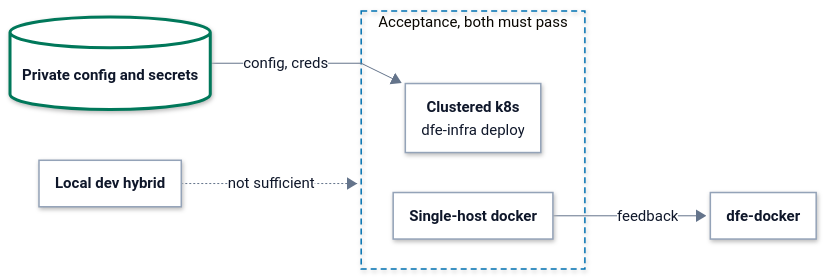
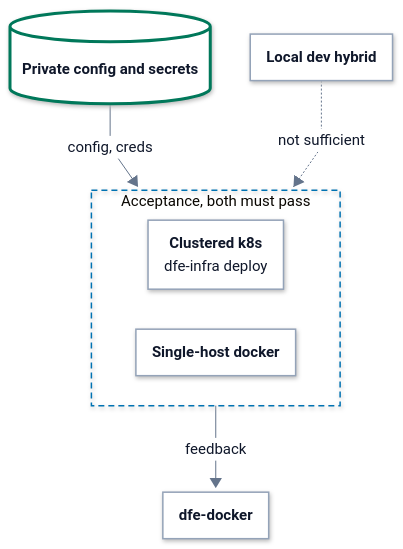
Before and after one commit to hyperi-io/dfe-engine: the diagram in docs/deployment/e2e-acceptance.md, drawn with Mermaid. The commit also changed 32 other files, not shown here.

First line of the commit message:
docs(architecture): engine page to the standard, diagrams to 860 px (#1209)

````diff
--- a/docs/deployment/e2e-acceptance.md
+++ b/docs/deployment/e2e-acceptance.md
@@ -16,78 +16,79 @@
 ```mermaid
 ---
 config:
   theme: base
   look: neo
   fontFamily: Inter, -apple-system, Segoe UI, Roboto, Helvetica, Arial, sans-serif
   flowchart:
     curve: linear
     nodeSpacing: 40
     rankSpacing: 64
     padding: 18
     wrappingWidth: 280
     htmlLabels: true
   elk:
     preset: modelOrder
   themeVariables:
     fontSize: 15px
     lineColor: "#64748B"
     primaryTextColor: "#0F172A"
     clusterBorder: "#0072B2"
     edgeLabelBackground: "#FFFFFF"
   themeCSS: >-
     p{margin:0}
     .node[data-look] rect,.node[data-look] path,.node[data-look] polygon,.node[data-look] .outer-path{filter:drop-shadow(0 1px 2px rgba(15,23,42,.10)) drop-shadow(0 6px 14px rgba(15,23,42,.10))}
     .node rect{rx:10px;ry:10px}
     .cluster rect{rx:16px;ry:16px}
     .node .label div{min-width:150px}
     .node.decision .label div{min-width:0}
     .cluster[data-look] rect{filter:none}
     .nodeLabel{line-height:1.35}
     .nodeLabel b{font-weight:600;font-size:15px;letter-spacing:-0.01em}
     .nodeLabel span{font-size:12.5px;font-weight:400;color:#334155}
     .cluster-label span.nodeLabel{display:inline-block;background:#FFFFFF;color:#0B2A3F;border:1.5px solid #0072B2;border-radius:999px;padding:2px 12px;font-size:11.5px;font-weight:700;letter-spacing:.09em;text-transform:uppercase}
     .flowchart-link{stroke-width:1.75px}
     .labelBkg{background:transparent!important}
     span.edgeLabel{display:inline-block;background:#FFFFFF!important;color:#1E293B;border:1px solid #94A3B8;border-radius:999px;padding:2px 10px;font-size:12px;font-weight:500}
     span.edgeLabel p{background:transparent!important}
     .label-icon{width:20px;height:20px;vertical-align:-4px;margin-right:6px}
     .ingest .label-icon{color:#0E8A7D}
     .xform .label-icon{color:#7B4FB0}
     .load .label-icon{color:#0072B2}
     .bus .label-icon{color:#A8517F}
     .store .label-icon{color:#00785A}
     .ui .label-icon{color:#D9480F}
     .ext .label-icon{color:#64748B}
 ---
-flowchart LR
+flowchart TB
   accTitle: L4 Detail -- Acceptance scenarios
   accDescr: A local dev hybrid is not sufficient for acceptance. The full Kubernetes deploy reads its config and credentials from the deployment's private config and secrets backend, and the standalone docker run feeds what it learns back to dfe-docker. Both must pass.
 
   cfg[("<b>Private config and secrets</b>")]
   hybrid["<b>Local dev hybrid</b>"]
 
   subgraph accept["Acceptance, both must pass"]
+    direction LR
     k8s["<b>Clustered k8s</b><br/><span>dfe-infra deploy</span>"]
     docker["<b>Single-host docker</b>"]
   end
 
   dfedocker["<b>dfe-docker</b>"]
 
   cfg -->|config, creds| k8s
   hybrid -.->|not sufficient| accept
   docker -->|feedback| dfedocker
+  class cfg store
+  class hybrid,k8s,docker,dfedocker part
   classDef ext fill:#F4F6F8,stroke:#94A3B8,stroke-width:1.5px,stroke-dasharray:5 4,color:#0F172A
   classDef ingest fill:#FFFFFF,stroke:#0E8A7D,stroke-width:3px,color:#0F172A
   classDef xform fill:#FFFFFF,stroke:#7B4FB0,stroke-width:3px,color:#0F172A
   classDef load fill:#FFFFFF,stroke:#0072B2,stroke-width:3px,color:#0F172A
   classDef bus fill:#FFFFFF,stroke:#A8517F,stroke-width:3px,color:#0F172A
   classDef store fill:#FFFFFF,stroke:#00785A,stroke-width:3px,color:#0F172A
   classDef ui fill:#FFFFFF,stroke:#D9480F,stroke-width:3px,color:#0F172A
   classDef decision fill:#FFFFFF,stroke:#9A6700,stroke-width:3px,color:#0F172A
   classDef error fill:#FFFFFF,stroke:#C2410C,stroke-width:3px,color:#0F172A
   classDef control fill:#FFFFFF,stroke:#334155,stroke-width:3px,color:#0F172A
   classDef part fill:#FFFFFF,stroke:#94A3B8,stroke-width:1.5px,color:#0F172A
-  class cfg store
-  class hybrid,k8s,docker,dfedocker part
   style accept fill:none,stroke:#0072B2,stroke-width:1.5px,stroke-dasharray:6 4
 ```
````
